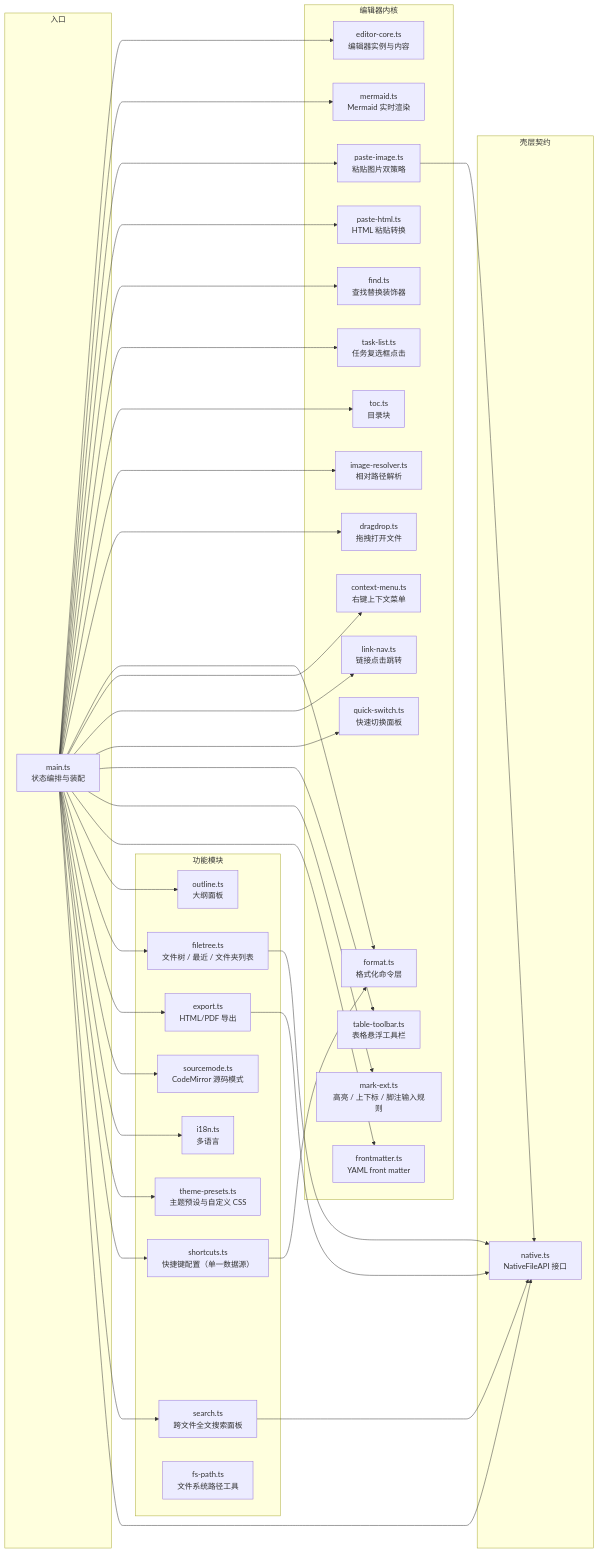
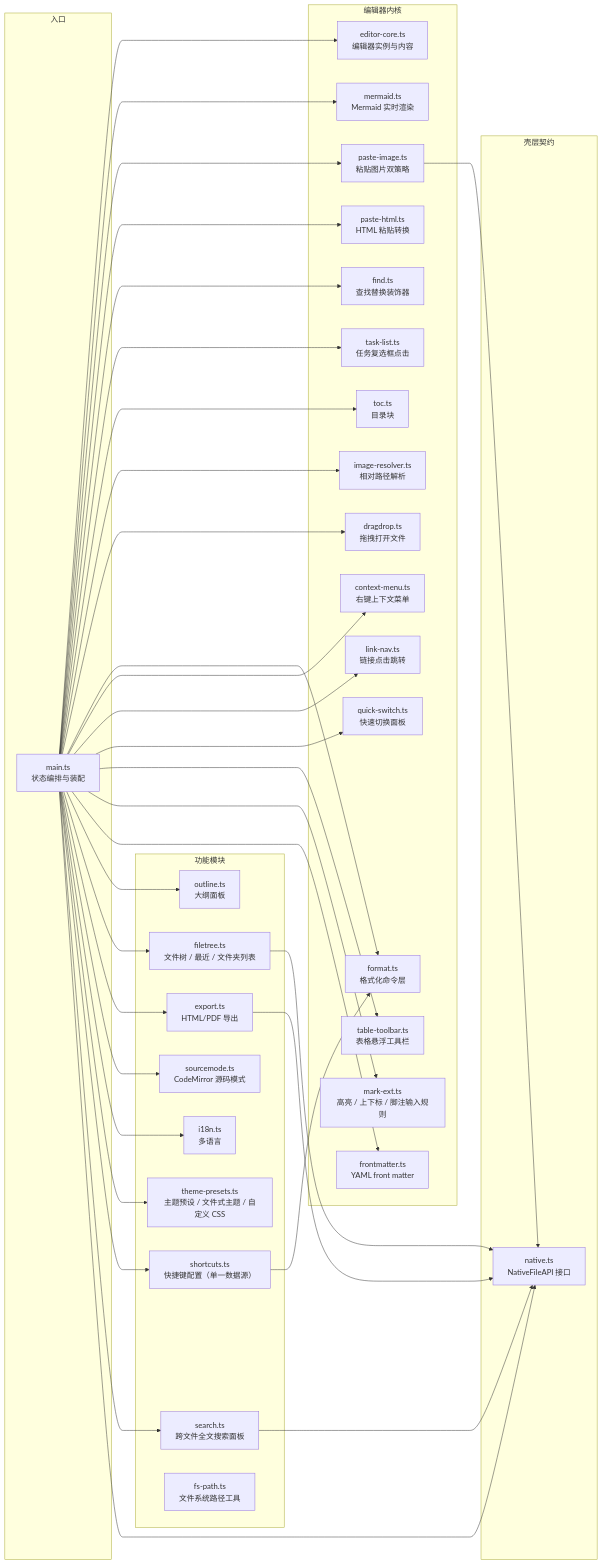
Before and after one commit to ChiangyangNPU/tmd: the third of 4 diagrams in docs/架构设计.md, drawn with Mermaid. The commit also changed other lines of this file and 21 other files, not shown here.

````diff
--- a/docs/架构设计.md
+++ b/docs/架构设计.md
@@ -88,72 +88,72 @@
 ```mermaid
 flowchart LR
     subgraph 入口
         MAIN[main.ts<br/>状态编排与装配]
     end
 
     subgraph 编辑器内核
         EDITOR[editor-core.ts<br/>编辑器实例与内容]
         MERMAID[mermaid.ts<br/>Mermaid 实时渲染]
         PASTE[paste-image.ts<br/>粘贴图片双策略]
         PASTEHTML[paste-html.ts<br/>HTML 粘贴转换]
         FIND[find.ts<br/>查找替换装饰器]
         TASK[task-list.ts<br/>任务复选框点击]
         TOC[toc.ts<br/>目录块]
         IMGRES[image-resolver.ts<br/>相对路径解析]
         DROP[dragdrop.ts<br/>拖拽打开文件]
         FMT[format.ts<br/>格式化命令层]
         CTXMENU[context-menu.ts<br/>右键上下文菜单]
         LINKNAV[link-nav.ts<br/>链接点击跳转]
         QS[quick-switch.ts<br/>快速切换面板]
         TT[table-toolbar.ts<br/>表格悬浮工具栏]
         MARKEXT[mark-ext.ts<br/>高亮 / 上下标 / 脚注输入规则]
         FM[frontmatter.ts<br/>YAML front matter]
     end
 
     subgraph 功能模块
         OUTLINE[outline.ts<br/>大纲面板]
         TREE[filetree.ts<br/>文件树 / 最近 / 文件夹列表]
         EX[export.ts<br/>HTML/PDF 导出]
         SRC[sourcemode.ts<br/>CodeMirror 源码模式]
         I18N[i18n.ts<br/>多语言]
-        THEMEPRESET[theme-presets.ts<br/>主题预设与自定义 CSS]
+        THEMEPRESET[theme-presets.ts<br/>主题预设 / 文件式主题 / 自定义 CSS]
         SHORTCUTS[shortcuts.ts<br/>快捷键配置（单一数据源）]
         SEARCH[search.ts<br/>跨文件全文搜索面板]
         FSPATH[fs-path.ts<br/>文件系统路径工具]
     end
 
     subgraph 壳层契约
         NATIVE[native.ts<br/>NativeFileAPI 接口]
     end
 
     MAIN --> EDITOR
     MAIN --> MERMAID
     MAIN --> PASTE
     MAIN --> PASTEHTML
     MAIN --> FIND
     MAIN --> TASK
     MAIN --> TOC
     MAIN --> IMGRES
     MAIN --> DROP
     MAIN --> FMT
     MAIN --> CTXMENU
     MAIN --> LINKNAV
     MAIN --> QS
     MAIN --> TT
     MAIN --> MARKEXT
     MAIN --> FM
     MAIN --> OUTLINE
     MAIN --> TREE
     MAIN --> EX
     MAIN --> SRC
     MAIN --> I18N
     MAIN --> THEMEPRESET
     MAIN --> SHORTCUTS
     MAIN --> SEARCH
     MAIN --> NATIVE
     EX --> NATIVE
     TREE --> NATIVE
     PASTE --> NATIVE
     SHORTCUTS --> FMT
     SEARCH --> NATIVE
 ```
````
